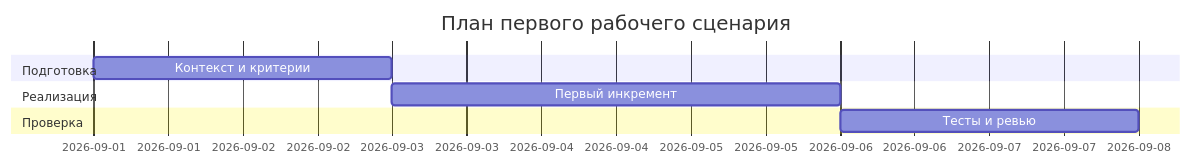
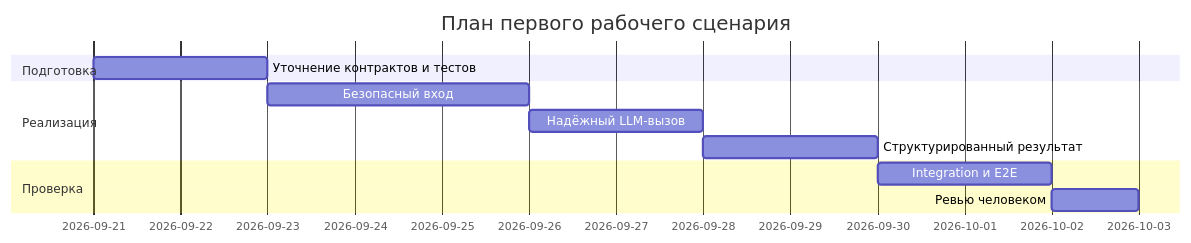
The diagram in practices/practice_01/project_management.md (ai-course-avito/ITMOv2), drawn with Mermaid before and after one commit. The commit also changed other lines of this file and 10 other files, not shown here.

````diff
--- a/practices/practice_01/project_management.md
+++ b/practices/practice_01/project_management.md
@@ -15,11 +15,14 @@
 ```mermaid
 gantt
     title План первого рабочего сценария
     dateFormat  YYYY-MM-DD
     section Подготовка
-    Контекст и критерии :a1, 2026-09-01, 2d
+    Уточнение контрактов и тестов :a1, 2026-09-21, 2d
     section Реализация
-    Первый инкремент :after a1, 3d
+    Безопасный вход              :a2, after a1, 3d
+    Надёжный LLM-вызов           :a3, after a2, 2d
+    Структурированный результат  :a4, after a3, 2d
     section Проверка
-    Тесты и ревью :2d
+    Integration и E2E            :a5, after a4, 2d
+    Ревью человеком              :a6, after a5, 1d
 ```
````
